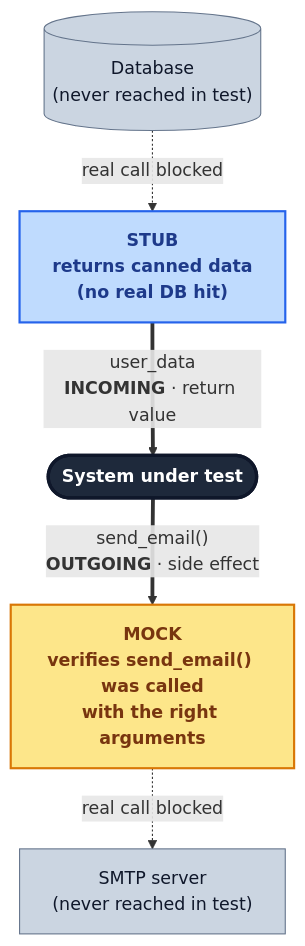
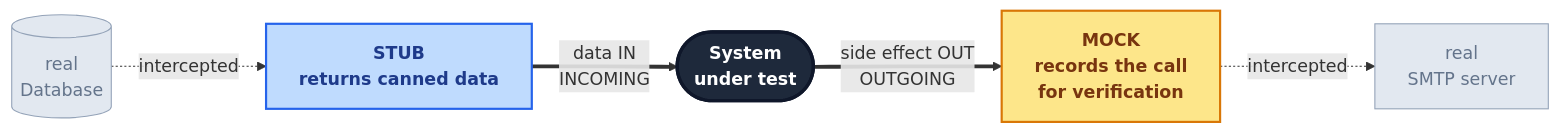
One commit to HusinHakim/blog-husin changed the third of 4 diagrams in content/post/getting-more-familiar-with-tdd.md. Above: the diagram before and after it, drawn with Mermaid.

Commit message:
Fix mock/stub diagram: use LR layout for clearer narrative
Previous TB layout placed Database awkwardly at the top because
Mermaid's auto-layout follows edge direction. Switching to LR makes
the chain read naturally left-to-right:

  real DB ..> STUB ==> SUT ==> MOCK ..> real SMTP

Dotted arrows mark the intercepted real paths, thick arrows show what
the test actually exercises. SUT centered with stub feeding data in
from the left and mock observing side effects going out to the right.

```diff
--- a/content/post/getting-more-familiar-with-tdd.md
+++ b/content/post/getting-more-familiar-with-tdd.md
@@ -139,19 +139,18 @@
 {{< mermaid >}}
-flowchart TB
-    SMTP["SMTP server<br/>(never reached in test)"]:::ext
-    MOCK["MOCK<br/>verifies send_email() was called<br/>with the right arguments"]:::mock
-    SUT(["System under test"]):::sut
-    STUB["STUB<br/>returns canned data<br/>(no real DB hit)"]:::stub
-    DB[("Database<br/>(never reached in test)")]:::ext
+flowchart LR
+    DB[("real<br/>Database")]:::ext
+    STUB["<b>STUB</b><br/>returns canned data"]:::stub
+    SUT(["System<br/>under test"]):::sut
+    MOCK["<b>MOCK</b><br/>records the call<br/>for verification"]:::mock
+    SMTP["real<br/>SMTP server"]:::ext
 
-    SUT == "send_email()<br/><b>OUTGOING</b> · side effect" ==> MOCK
-    MOCK -. "real call blocked" .-> SMTP
-
-    DB -. "real call blocked" .-> STUB
-    STUB == "user_data<br/><b>INCOMING</b> · return value" ==> SUT
+    DB -. "intercepted" .-> STUB
+    STUB == "data IN<br/>INCOMING" ==> SUT
+    SUT == "side effect OUT<br/>OUTGOING" ==> MOCK
+    MOCK -. "intercepted" .-> SMTP
 
     classDef sut fill:#1e293b,stroke:#0f172a,color:#fff,font-weight:bold,stroke-width:3px
-    classDef ext fill:#cbd5e1,stroke:#64748b,color:#0f172a
+    classDef ext fill:#e2e8f0,stroke:#94a3b8,color:#64748b
     classDef mock fill:#fde68a,stroke:#d97706,color:#78350f,font-weight:bold,stroke-width:2px
     classDef stub fill:#bfdbfe,stroke:#2563eb,color:#1e3a8a,font-weight:bold,stroke-width:2px
 {{< /mermaid >}}
```
